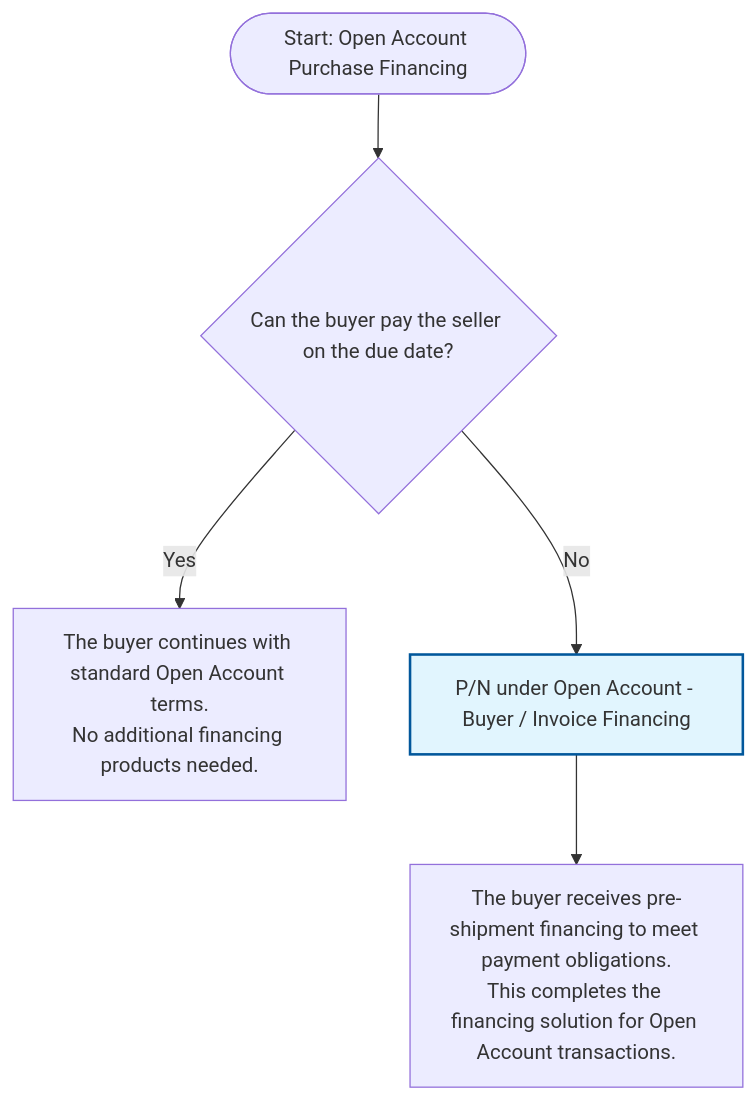
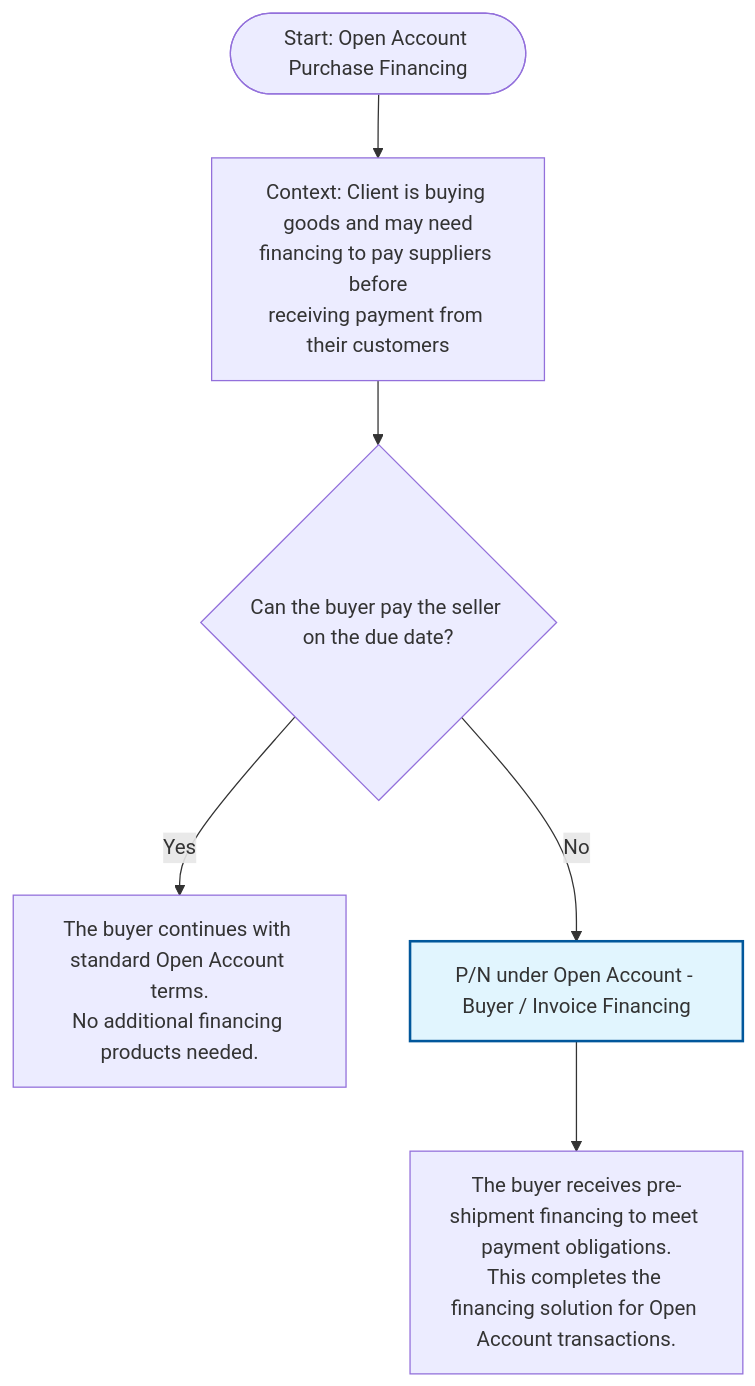
One commit to sage-develop/why changed the diagram in tvc_decision_trees/oa_decision_trees/purchase_financing_tree.md. Above: the diagram before and after it, drawn with Mermaid. The commit also changed 1 other file, not shown here.

Commit message:
update oa

````diff
--- a/tvc_decision_trees/oa_decision_trees/purchase_financing_tree.md
+++ b/tvc_decision_trees/oa_decision_trees/purchase_financing_tree.md
@@ -11,10 +11,11 @@
 ```mermaid
 flowchart TD
-   Start(["Start: Open Account Purchase Financing"]) --> Q1{"Can the buyer pay the seller on the due date?"}
+   Start(["Start: Open Account Purchase Financing"]) --> Context["Context: Client is buying goods and may need<br>financing to pay suppliers before<br>receiving payment from their customers"]
+   Context --> Q1{"Can the buyer pay the seller on the due date?"}
    Q1 -- Yes --> End1["The buyer continues with standard Open Account terms.<br>No additional financing products needed."]
    Q1 -- No --> Product1["P/N under Open Account - Buyer / Invoice Financing"]
    Product1 --> End2["The buyer receives pre-shipment financing to meet payment obligations.<br>This completes the financing solution for Open Account transactions."]
 
    Product1:::productBox
    classDef productBox fill:#e1f5fe,stroke:#01579b,stroke-width:2px
 ```
````
